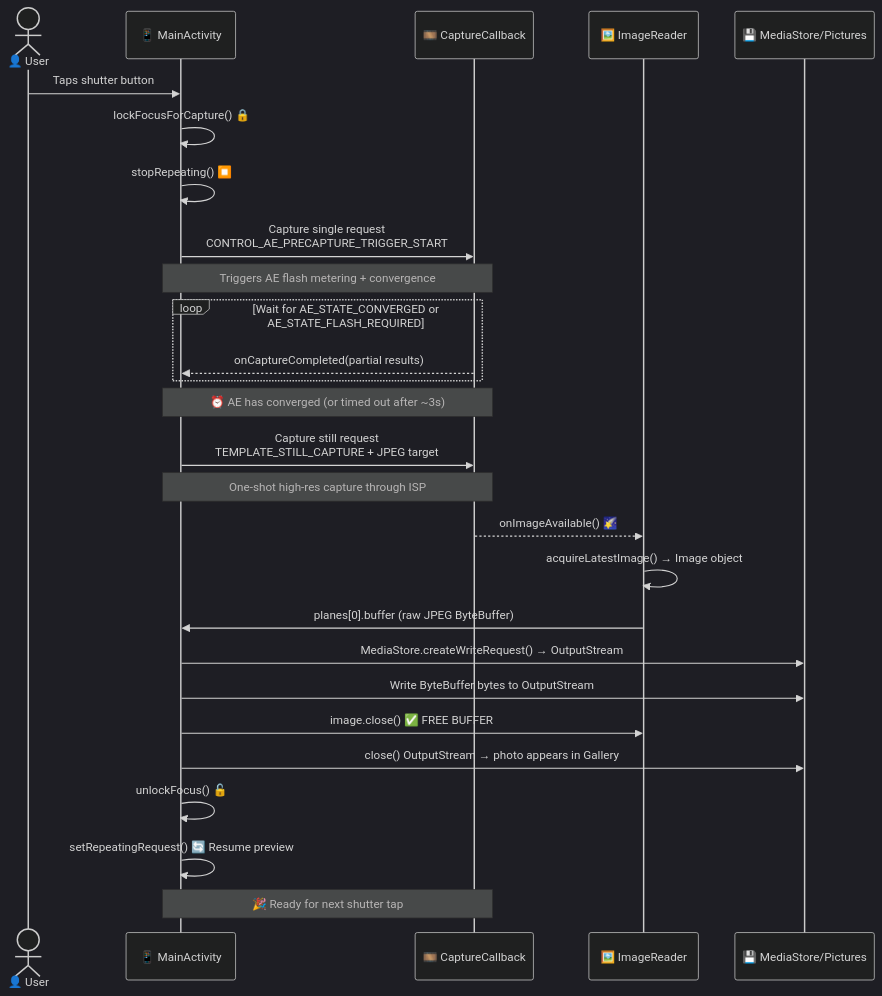
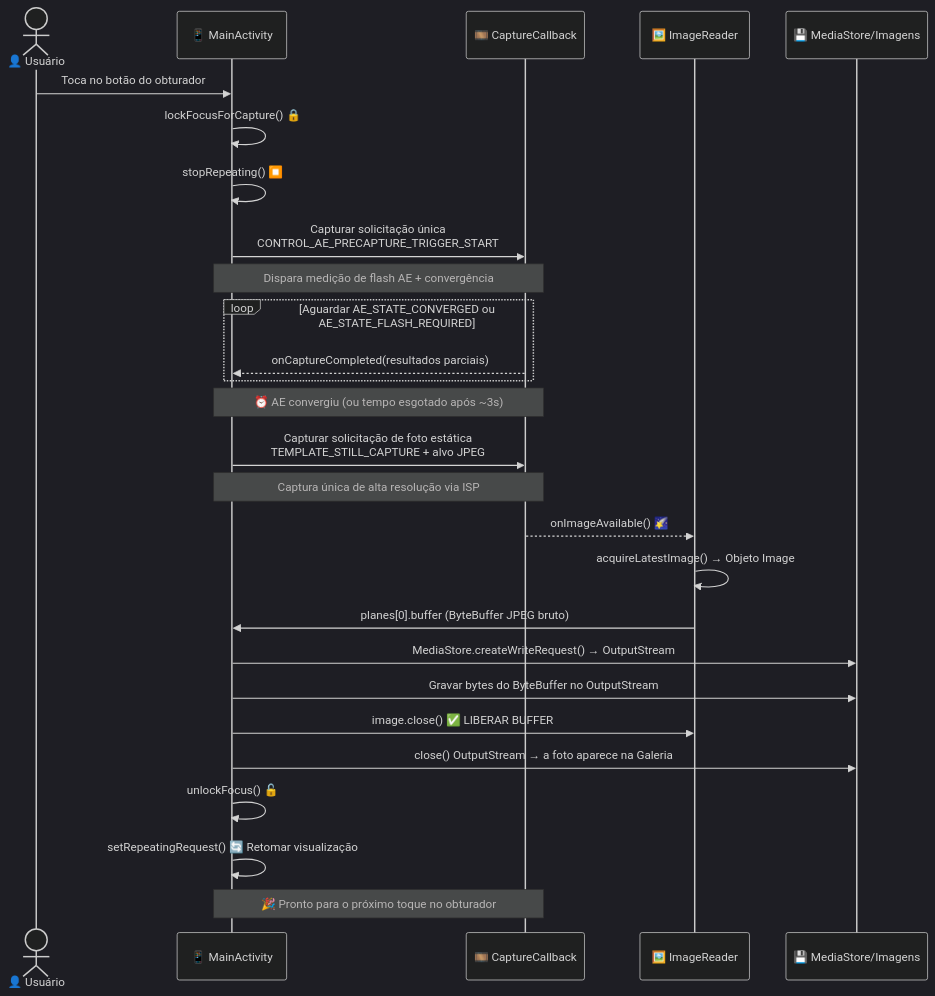
The diagram in website/i18n/pt-BR/docusaurus-plugin-content-docs/current/camera2/taking-photos.md (zoozooll/AndroidCameraParameters), drawn with Mermaid (dark theme) before and after one commit. The commit also changed other lines of this file and 378 other files, not shown here.

````diff
--- a/website/i18n/pt-BR/docusaurus-plugin-content-docs/current/camera2/taking-photos.md
+++ b/website/i18n/pt-BR/docusaurus-plugin-content-docs/current/camera2/taking-photos.md
@@ -25,35 +25,35 @@
 ```mermaid
 sequenceDiagram
-    actor User as 👤 User
+    actor User as 👤 Usuário
     participant App as 📱 MainActivity
     participant CB as 🎞️ CaptureCallback
     participant IR as 🖼️ ImageReader
-    participant MS as 💾 MediaStore/Pictures
-    User->>App: Taps shutter button
+    participant MS as 💾 MediaStore/Imagens
+    User->>App: Toca no botão do obturador
     App->>App: lockFocusForCapture() 🔒
     App->>App: stopRepeating() ⏹️
     
-    App->>CB: Capture single request<br/>CONTROL_AE_PRECAPTURE_TRIGGER_START
-    Note over App,CB: Triggers AE flash metering + convergence
-    loop Wait for AE_STATE_CONVERGED or AE_STATE_FLASH_REQUIRED
-        CB-->>App: onCaptureCompleted(partial results)
+    App->>CB: Capturar solicitação única<br/>CONTROL_AE_PRECAPTURE_TRIGGER_START
+    Note over App,CB: Dispara medição de flash AE + convergência
+    loop Aguardar AE_STATE_CONVERGED ou AE_STATE_FLASH_REQUIRED
+        CB-->>App: onCaptureCompleted(resultados parciais)
     end
     
-    Note over App,CB: ⏰ AE has converged (or timed out after ~3s)
+    Note over App,CB: ⏰ AE convergiu (ou tempo esgotado após ~3s)
     
-    App->>CB: Capture still request<br/>TEMPLATE_STILL_CAPTURE + JPEG target
-    Note over App,CB: One-shot high-res capture through ISP
+    App->>CB: Capturar solicitação de foto estática<br/>TEMPLATE_STILL_CAPTURE + alvo JPEG
+    Note over App,CB: Captura única de alta resolução via ISP
     
     CB-->>IR: onImageAvailable() 🌠
-    IR->>IR: acquireLatestImage() → Image object
-    IR->>App: planes[0].buffer (raw JPEG ByteBuffer)
+    IR->>IR: acquireLatestImage() → Objeto Image
+    IR->>App: planes[0].buffer (ByteBuffer JPEG bruto)
     App->>MS: MediaStore.createWriteRequest() → OutputStream
-    App->>MS: Write ByteBuffer bytes to OutputStream
-    App->>IR: image.close() ✅ FREE BUFFER
-    App->>MS: close() OutputStream → photo appears in Gallery
+    App->>MS: Gravar bytes do ByteBuffer no OutputStream
+    App->>IR: image.close() ✅ LIBERAR BUFFER
+    App->>MS: close() OutputStream → a foto aparece na Galeria
     
     App->>App: unlockFocus() 🔓
-    App->>App: setRepeatingRequest() 🔄 Resume preview
+    App->>App: setRepeatingRequest() 🔄 Retomar visualização
     
-    Note over App,CB: 🎉 Ready for next shutter tap
+    Note over App,CB: 🎉 Pronto para o próximo toque no obturador
 ```
````
